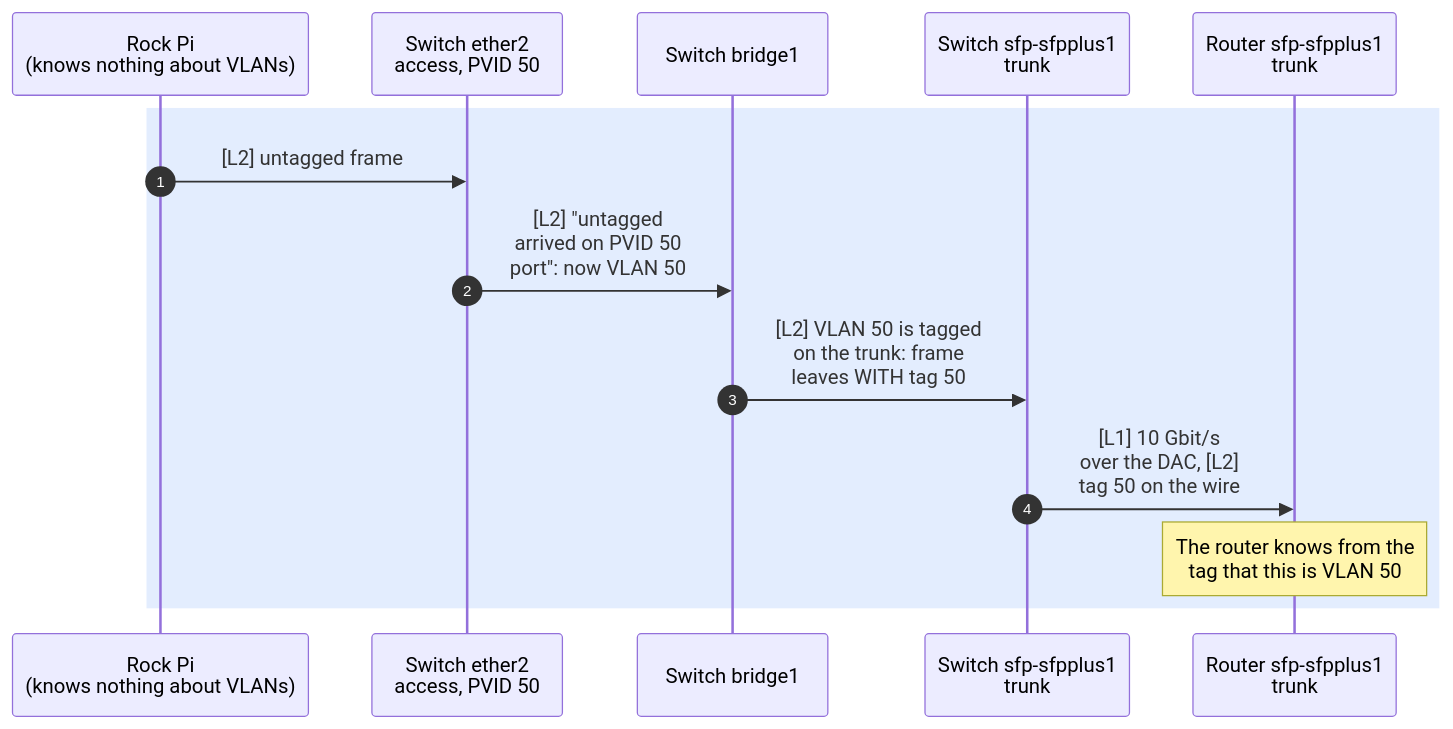
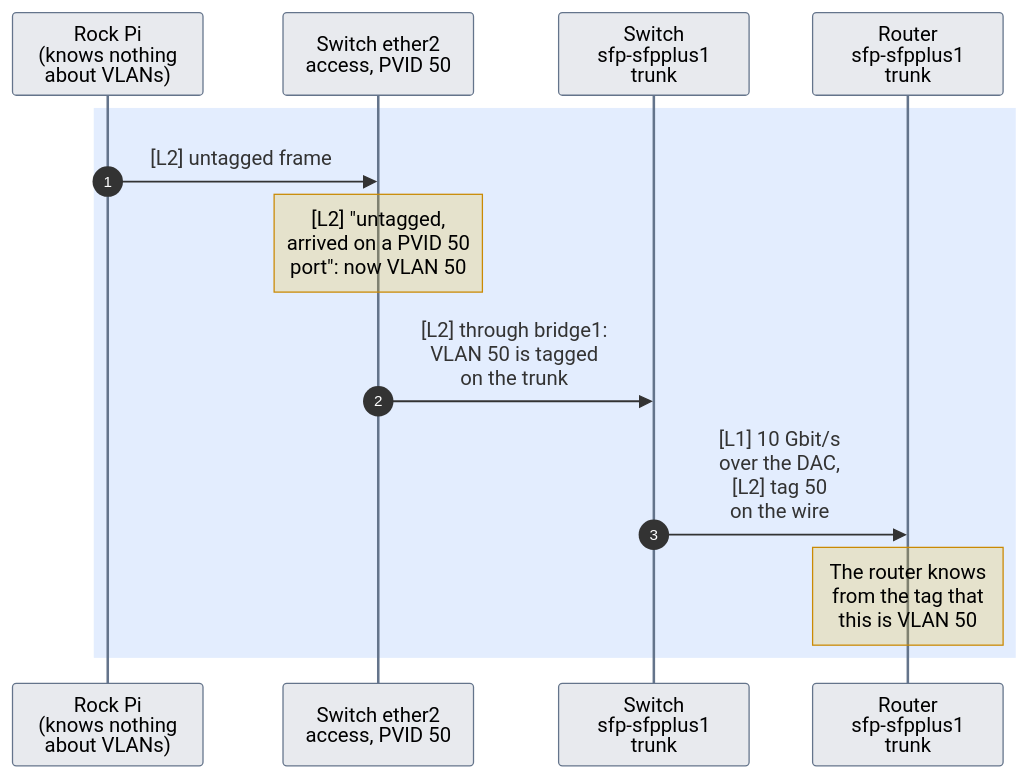
The second of 7 diagrams in content/pages/networking/basics/vlans-and-broadcast-domains.mdx (mithun3/tech-blog), drawn with Mermaid before and after one commit. The commit also changed other lines of this file and 8 other files, not shown here.

Commit message:
mermaid updates.

````diff
--- a/content/pages/networking/basics/vlans-and-broadcast-domains.mdx
+++ b/content/pages/networking/basics/vlans-and-broadcast-domains.mdx
@@ -75,16 +91,31 @@
 ```mermaid
+---
+config:
+  look: classic
+  fontFamily: "system-ui, -apple-system, Segoe UI, Roboto, Helvetica, Arial, sans-serif"
+  themeCSS: "rect.actor, rect.note { rx: 6px; ry: 6px; }"
+  themeVariables:
+    actorBkg: "#64748b26"
+    actorBorder: "#64748b"
+    actorLineColor: "#64748b"
+    noteBkgColor: "#eab30833"
+    noteBorderColor: "#ca8a04"
+    labelBoxBkgColor: "#64748b33"
+    labelBoxBorderColor: "#64748b"
+    activationBkgColor: "#64748b40"
+    activationBorderColor: "#64748b"
+---
 sequenceDiagram
     autonumber
-    participant Rock as Rock Pi<br/>(knows nothing about VLANs)
+    participant Rock as Rock Pi<br/>(knows nothing<br/>about VLANs)
     participant CE2 as Switch ether2<br/>access, PVID 50
-    participant CB as Switch bridge1
-    participant CS1 as Switch sfp-sfpplus1<br/>trunk
-    participant RS1 as Router sfp-sfpplus1<br/>trunk
+    participant CS1 as Switch<br/>sfp-sfpplus1<br/>trunk
+    participant RS1 as Router<br/>sfp-sfpplus1<br/>trunk
     rect rgba(59, 130, 246, 0.14)
     Rock->>CE2: [L2] untagged frame
-    CE2->>CB: [L2] "untagged<br/>arrived on PVID 50<br/>port": now VLAN 50
-    CB->>CS1: [L2] VLAN 50 is tagged<br/>on the trunk: frame<br/>leaves WITH tag 50
-    CS1->>RS1: [L1] 10 Gbit/s<br/>over the DAC, [L2]<br/>tag 50 on the wire
-    Note over RS1: The router knows from the<br/>tag that this is VLAN 50
+    Note over CE2: [L2] "untagged,<br/>arrived on a PVID 50<br/>port": now VLAN 50
+    CE2->>CS1: [L2] through bridge1:<br/>VLAN 50 is tagged<br/>on the trunk
+    CS1->>RS1: [L1] 10 Gbit/s<br/>over the DAC,<br/>[L2] tag 50<br/>on the wire
+    Note over RS1: The router knows<br/>from the tag that<br/>this is VLAN 50
     end
 ```
````
